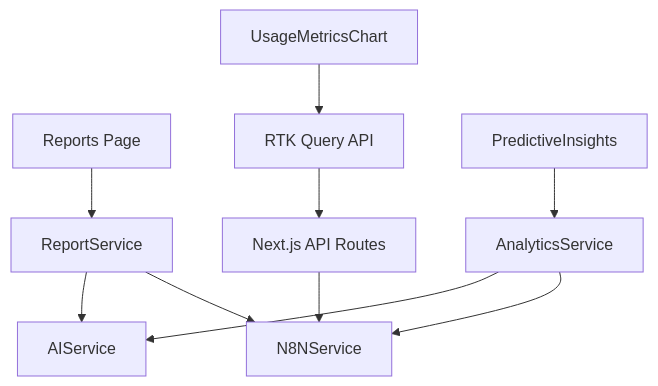
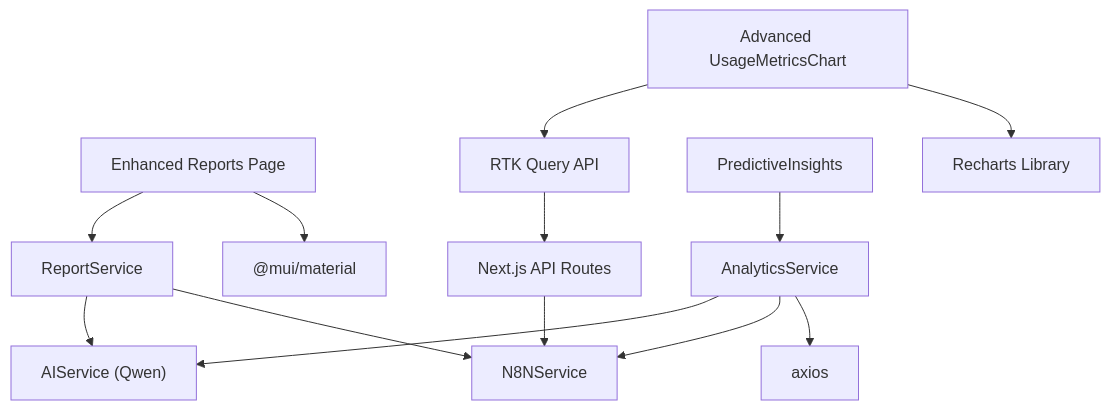
Before and after one commit to cacamarica/dashboard-ai: the ninth of 9 diagrams in .qoder/repowiki/en/content/Core Features/Reports and Analytics.md, drawn with Mermaid. The commit also changed other lines of this file and 14 other files, not shown here.

````diff
--- a/.qoder/repowiki/en/content/Core Features/Reports and Analytics.md
+++ b/.qoder/repowiki/en/content/Core Features/Reports and Analytics.md
@@ -377,12 +400,15 @@
 ```mermaid
 graph TB
-RP["Reports Page"] --> RS["ReportService"]
-UMC["UsageMetricsChart"] --> RTK["RTK Query API"]
+RP["Enhanced Reports Page"] --> RS["ReportService"]
+UMC["Advanced UsageMetricsChart"] --> RTK["RTK Query API"]
 PI["PredictiveInsights"] --> AS["AnalyticsService"]
-RS --> AIS["AIService"]
+RS --> AIS["AIService (Qwen)"]
 AS --> AIS
 RS --> NS["N8NService"]
 AS --> NS
 RTK --> API["Next.js API Routes"]
 API --> NS
+UMC --> Recharts["Recharts Library"]
+RP --> MUI["@mui/material"]
+AS --> Axios["axios"]
 ```
````
